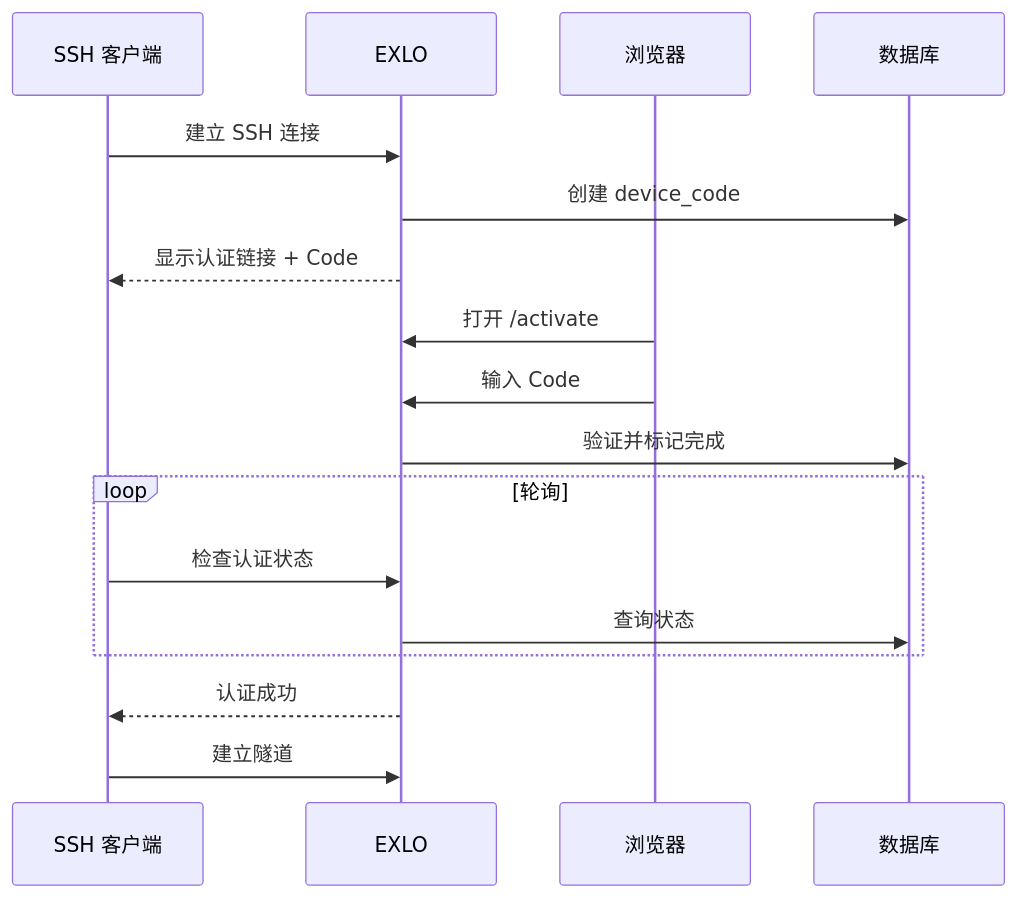
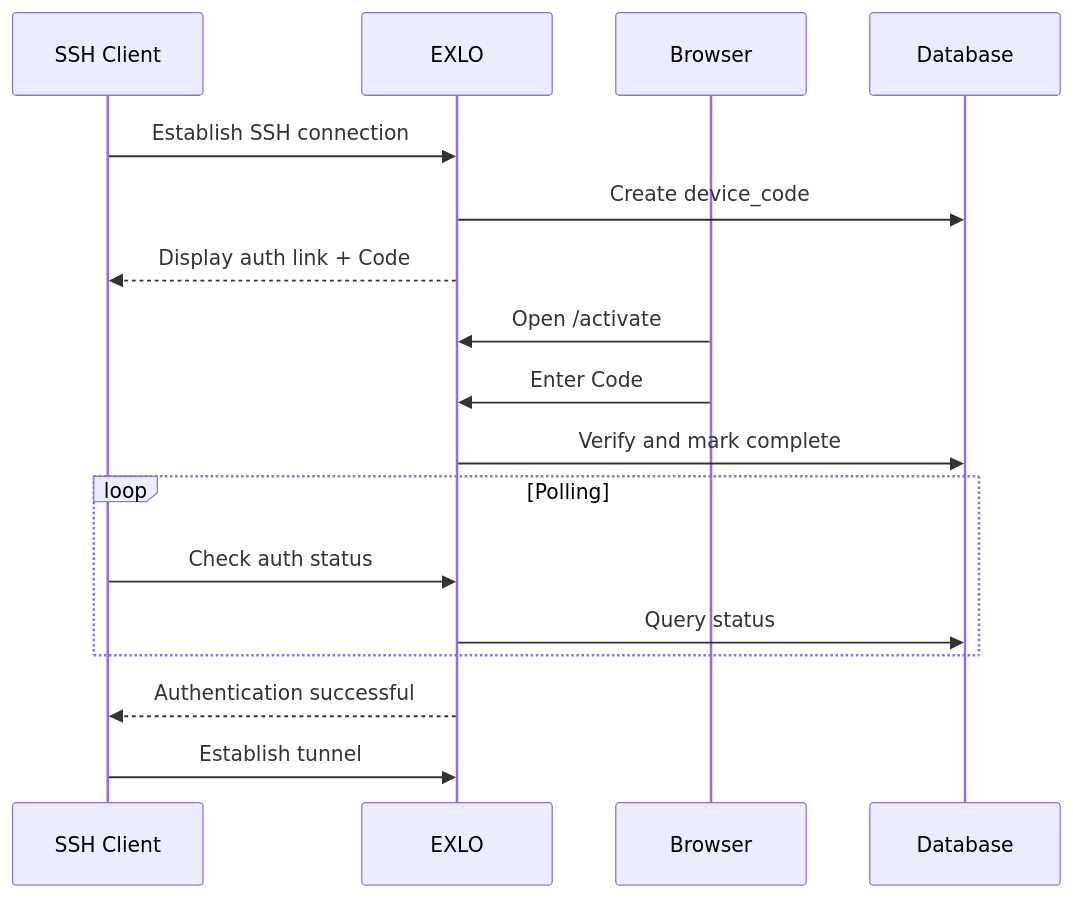
Before and after one commit to ZingerLittleBee/EXLO: the third of 3 diagrams in apps/docs/content/docs/architecture.mdx, drawn with Mermaid. The commit also changed other lines of this file and 28 other files, not shown here.

````diff
--- a/apps/docs/content/docs/architecture.mdx
+++ b/apps/docs/content/docs/architecture.mdx
@@ -92,23 +92,23 @@
 ```mermaid
 sequenceDiagram
-    participant SSH as SSH 客户端
+    participant SSH as SSH Client
     participant Server as EXLO
-    participant Browser as 浏览器
-    participant DB as 数据库
+    participant Browser as Browser
+    participant DB as Database
 
-    SSH->>Server: 建立 SSH 连接
-    Server->>DB: 创建 device_code
-    Server-->>SSH: 显示认证链接 + Code
+    SSH->>Server: Establish SSH connection
+    Server->>DB: Create device_code
+    Server-->>SSH: Display auth link + Code
 
-    Browser->>Server: 打开 /activate
-    Browser->>Server: 输入 Code
-    Server->>DB: 验证并标记完成
+    Browser->>Server: Open /activate
+    Browser->>Server: Enter Code
+    Server->>DB: Verify and mark complete
 
-    loop 轮询
-        SSH->>Server: 检查认证状态
-        Server->>DB: 查询状态
+    loop Polling
+        SSH->>Server: Check auth status
+        Server->>DB: Query status
     end
 
-    Server-->>SSH: 认证成功
-    SSH->>Server: 建立隧道
+    Server-->>SSH: Authentication successful
+    SSH->>Server: Establish tunnel
 ```
````
